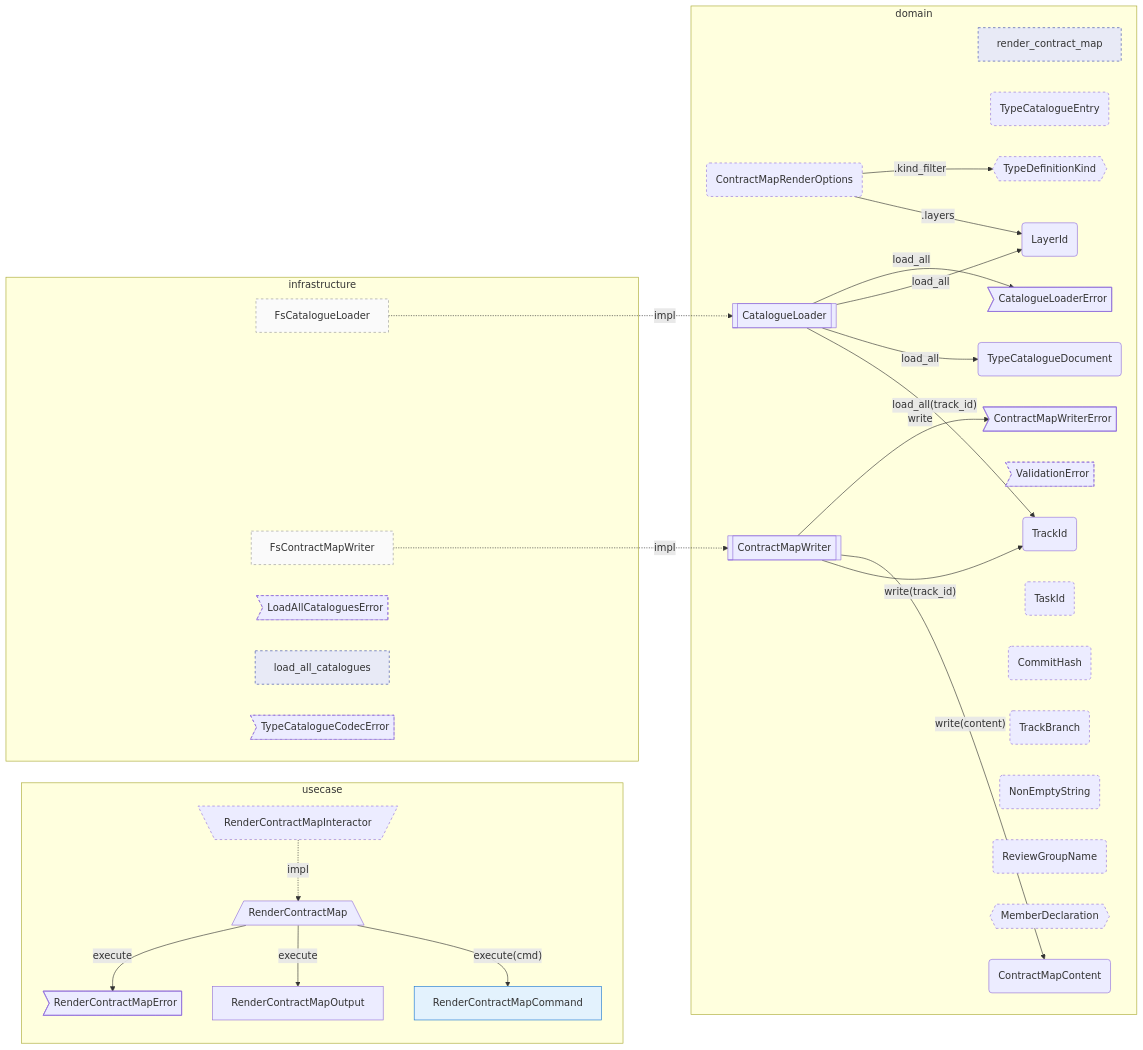
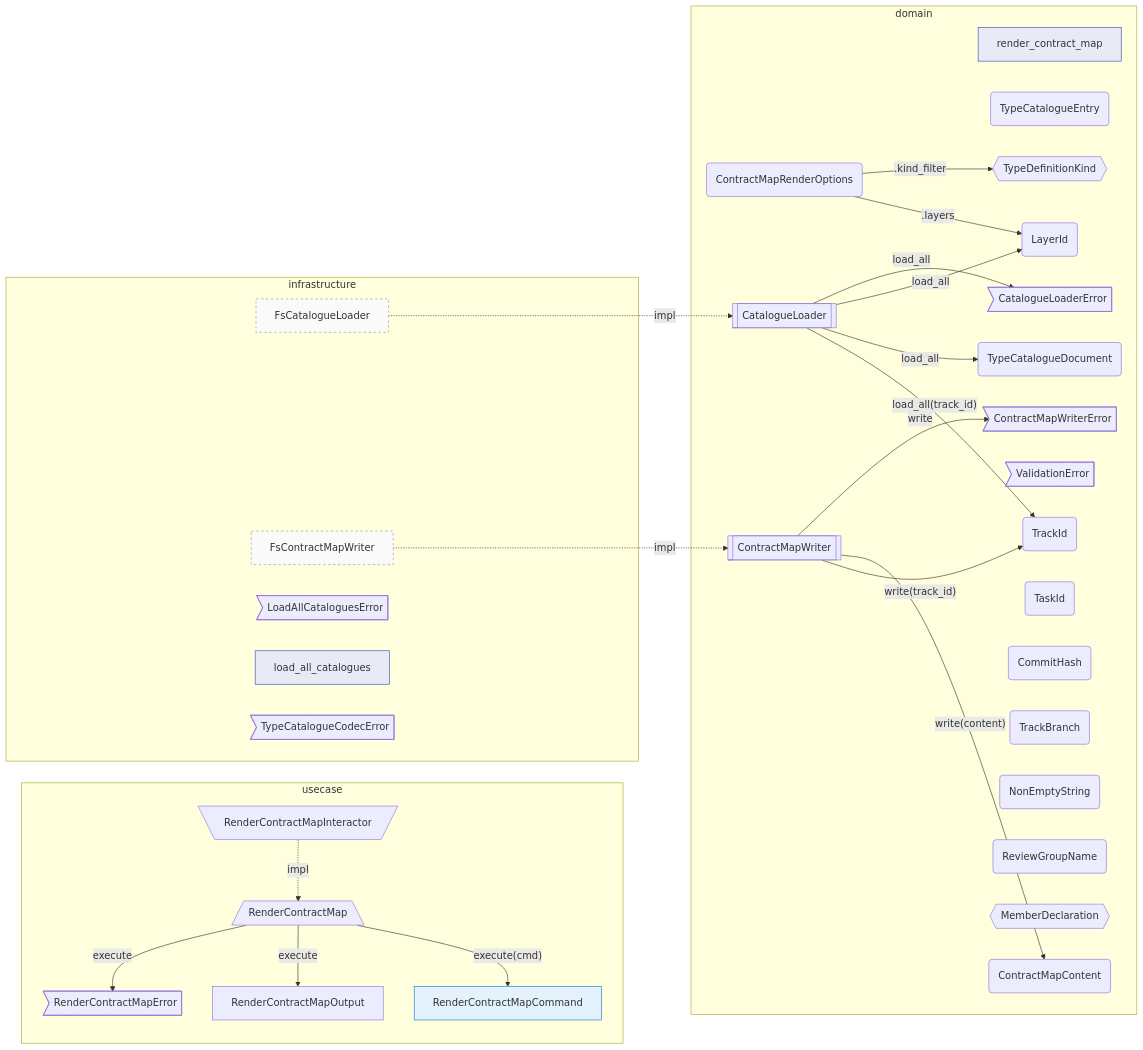
One commit to Flip451/SoTOHE-core changed the diagram in track/items/contract-map-phase2-edge-coverage-2026-04-25/contract-map.md. Above: the diagram before and after it, drawn with Mermaid. The commit also changed 6 other files, not shown here.

First line of the commit message:
refactor(domain,infrastructure,adr): drop dashed-border masking + rewrite resolution ADR around catalogue declaration rule

````diff
--- a/track/items/contract-map-phase2-edge-coverage-2026-04-25/contract-map.md
+++ b/track/items/contract-map-phase2-edge-coverage-2026-04-25/contract-map.md
@@ -1,75 +1,58 @@
 ```mermaid
 flowchart LR
     classDef secondary_adapter fill:#fafafa,stroke:#999,stroke-dasharray: 4 4
     classDef command fill:#e3f2fd,stroke:#1976d2
     classDef query fill:#f3e5f5,stroke:#8e24aa
     classDef factory fill:#fff8e1,stroke:#f9a825
     classDef free_function fill:#e8eaf6,stroke:#3949ab
-    classDef unused_reference stroke-dasharray: 4 4
-    classDef declaration_only stroke-dasharray: 4 4
     subgraph domain [domain]
         L6_domain_render__contract__map[render_contract_map]:::free_function
         L6_domain_TypeCatalogueEntry(TypeCatalogueEntry)
         L6_domain_LayerId(LayerId)
         L6_domain_ContractMapContent(ContractMapContent)
         L6_domain_ContractMapRenderOptions(ContractMapRenderOptions)
         L6_domain_CatalogueLoader[[CatalogueLoader]]
         L6_domain_ContractMapWriter[[ContractMapWriter]]
         L6_domain_CatalogueLoaderError>CatalogueLoaderError]
         L6_domain_ContractMapWriterError>ContractMapWriterError]
         L6_domain_TypeCatalogueDocument(TypeCatalogueDocument)
         L6_domain_ValidationError>ValidationError]
         L6_domain_TrackId(TrackId)
         L6_domain_TaskId(TaskId)
         L6_domain_CommitHash(CommitHash)
         L6_domain_TrackBranch(TrackBranch)
         L6_domain_NonEmptyString(NonEmptyString)
         L6_domain_ReviewGroupName(ReviewGroupName)
         L6_domain_MemberDeclaration{{MemberDeclaration}}
         L6_domain_TypeDefinitionKind{{TypeDefinitionKind}}
     end
     subgraph usecase [usecase]
         L7_usecase_RenderContractMap[/RenderContractMap\]
         L7_usecase_RenderContractMapInteractor[\RenderContractMapInteractor/]
         L7_usecase_RenderContractMapCommand[RenderContractMapCommand]:::command
         L7_usecase_RenderContractMapOutput[RenderContractMapOutput]
         L7_usecase_RenderContractMapError>RenderContractMapError]
     end
     subgraph infrastructure [infrastructure]
         L14_infrastructure_FsCatalogueLoader[FsCatalogueLoader]:::secondary_adapter
         L14_infrastructure_FsContractMapWriter[FsContractMapWriter]:::secondary_adapter
         L14_infrastructure_LoadAllCataloguesError>LoadAllCataloguesError]
         L14_infrastructure_load__all__catalogues[load_all_catalogues]:::free_function
         L14_infrastructure_TypeCatalogueCodecError>TypeCatalogueCodecError]
     end
     L14_infrastructure_FsCatalogueLoader -.impl.-> L6_domain_CatalogueLoader
     L14_infrastructure_FsContractMapWriter -.impl.-> L6_domain_ContractMapWriter
     L6_domain_CatalogueLoader -->|"load_all"| L6_domain_CatalogueLoaderError
     L6_domain_CatalogueLoader -->|"load_all"| L6_domain_LayerId
     L6_domain_CatalogueLoader -->|"load_all"| L6_domain_TypeCatalogueDocument
     L6_domain_CatalogueLoader -->|"load_all(track_id)"| L6_domain_TrackId
     L6_domain_ContractMapRenderOptions -->|".kind_filter"| L6_domain_TypeDefinitionKind
     L6_domain_ContractMapRenderOptions -->|".layers"| L6_domain_LayerId
     L6_domain_ContractMapWriter -->|"write"| L6_domain_ContractMapWriterError
     L6_domain_ContractMapWriter -->|"write(content)"| L6_domain_ContractMapContent
     L6_domain_ContractMapWriter -->|"write(track_id)"| L6_domain_TrackId
     L7_usecase_RenderContractMap -->|"execute"| L7_usecase_RenderContractMapError
     L7_usecase_RenderContractMap -->|"execute"| L7_usecase_RenderContractMapOutput
     L7_usecase_RenderContractMap -->|"execute(cmd)"| L7_usecase_RenderContractMapCommand
     L7_usecase_RenderContractMapInteractor -.impl.-> L7_usecase_RenderContractMap
-    class L14_infrastructure_LoadAllCataloguesError unused_reference
-    class L14_infrastructure_TypeCatalogueCodecError declaration_only
-    class L14_infrastructure_load__all__catalogues unused_reference
-    class L6_domain_CommitHash unused_reference
-    class L6_domain_ContractMapRenderOptions declaration_only
-    class L6_domain_MemberDeclaration unused_reference
-    class L6_domain_NonEmptyString unused_reference
-    class L6_domain_ReviewGroupName unused_reference
-    class L6_domain_TaskId unused_reference
-    class L6_domain_TrackBranch unused_reference
-    class L6_domain_TypeCatalogueEntry declaration_only
-    class L6_domain_TypeDefinitionKind declaration_only
-    class L6_domain_ValidationError declaration_only
-    class L6_domain_render__contract__map unused_reference
-    class L7_usecase_RenderContractMapInteractor declaration_only
 ```
````
